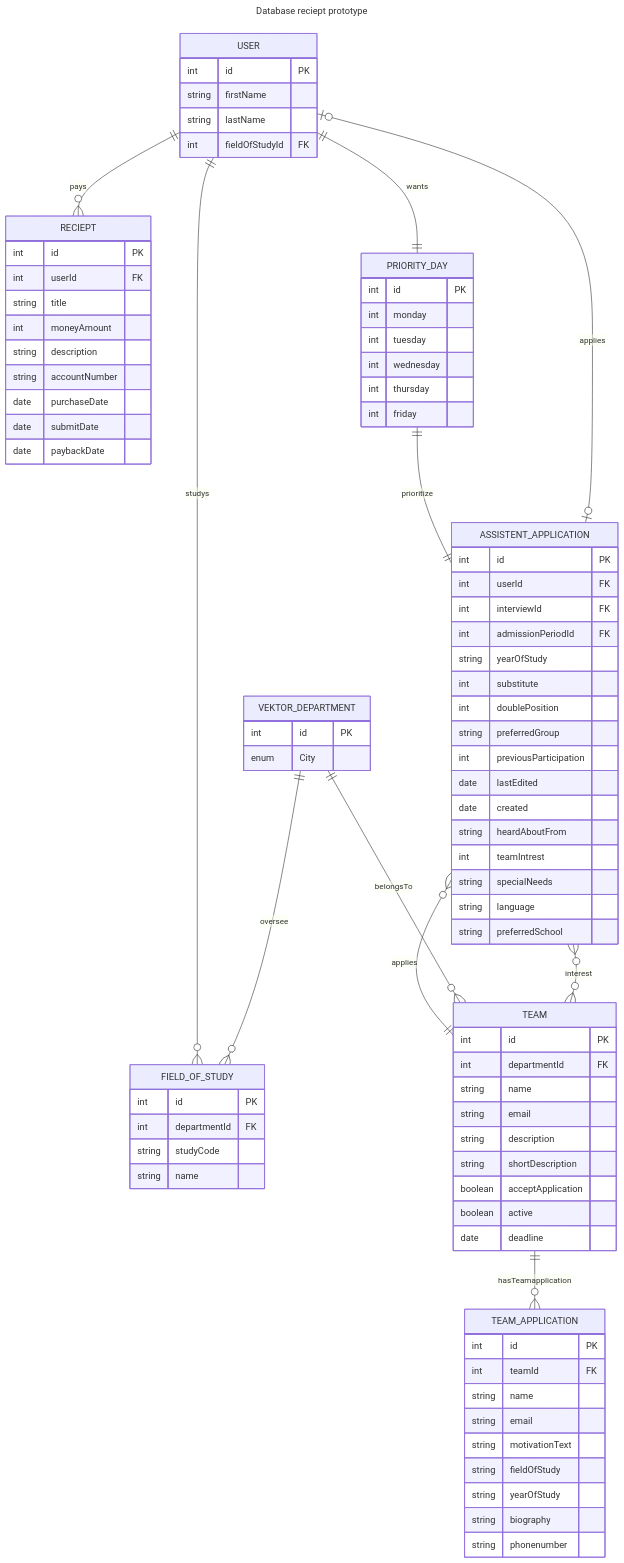
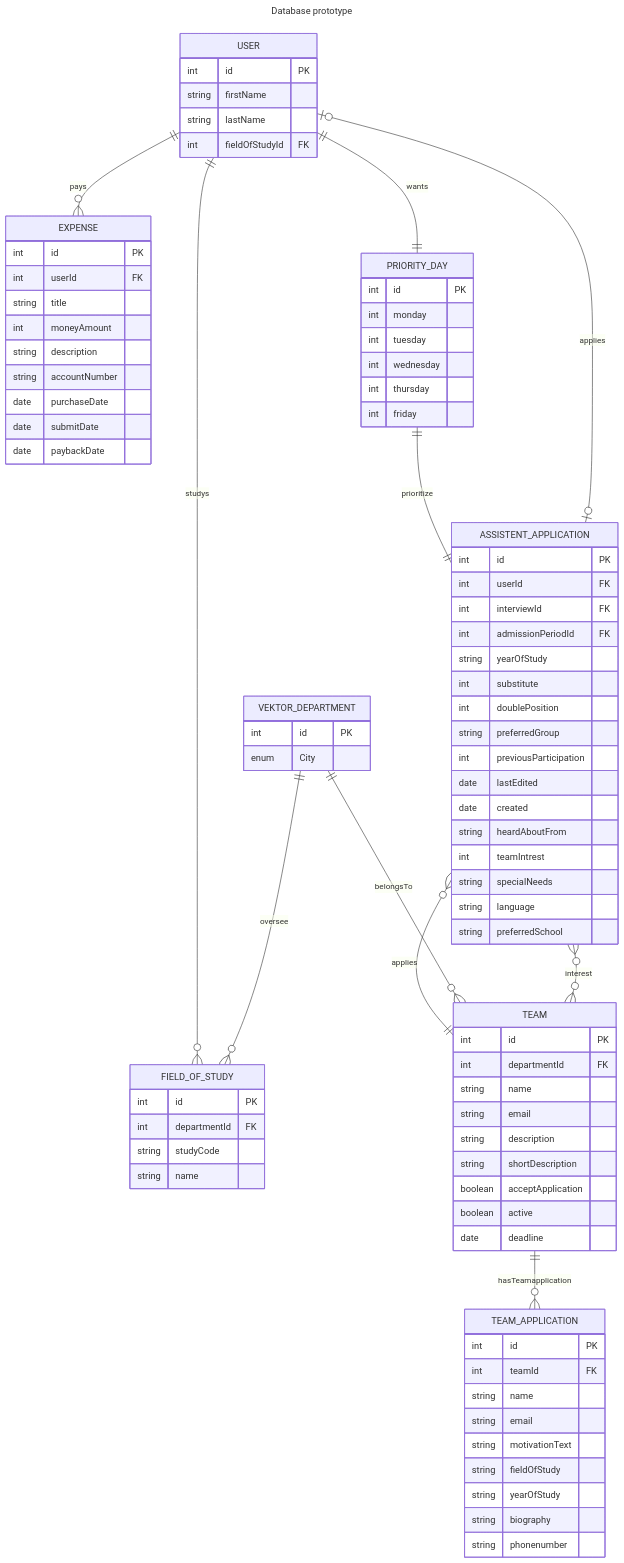
One commit to vektorprogrammet/vektor-api changed the diagram in database-diagram.md. Above: the diagram before and after it, drawn with Mermaid. The commit also changed other lines of this file and 22 other files, not shown here.

````diff
--- a/database-diagram.md
+++ b/database-diagram.md
@@ -1,6 +3,6 @@
 ```mermaid
 ---
-title: Database reciept prototype
+title: Database prototype
 ---
 erDiagram
     USER {
@@ -9,7 +11,7 @@
         string lastName 
         int fieldOfStudyId FK
     }
-    RECIEPT {
+    EXPENSE {
         int id PK
         int userId FK
         string title
@@ -79,7 +81,7 @@
         int thursday
         int friday
     }
-    USER ||--o{ RECIEPT : "pays"
+    USER ||--o{ EXPENSE : "pays"
     USER ||--o{ FIELD_OF_STUDY : studys
     VEKTOR_DEPARTMENT ||--o{ FIELD_OF_STUDY : oversee
     TEAM ||--o{ TEAM_APPLICATION : hasTeamapplication
````
